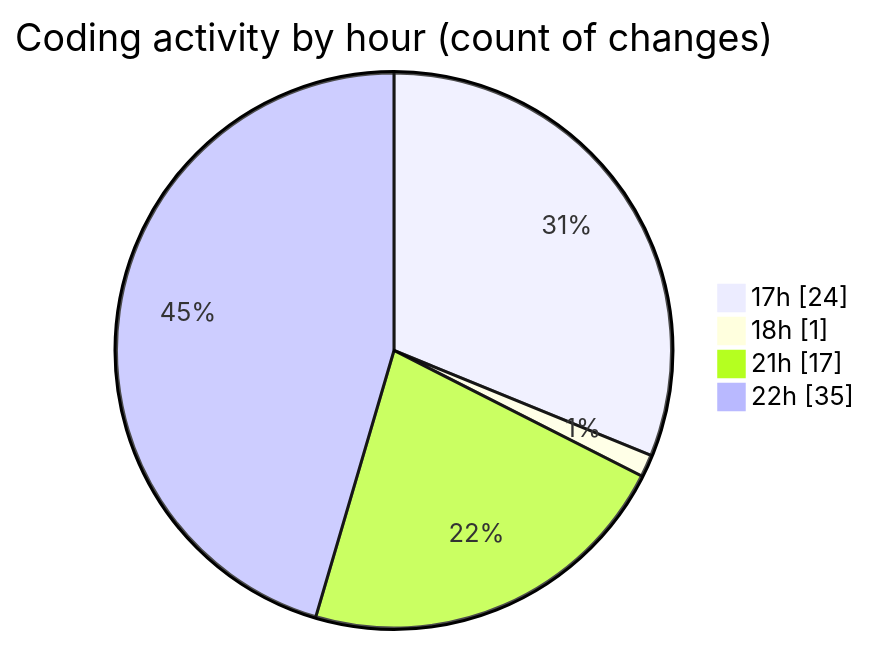
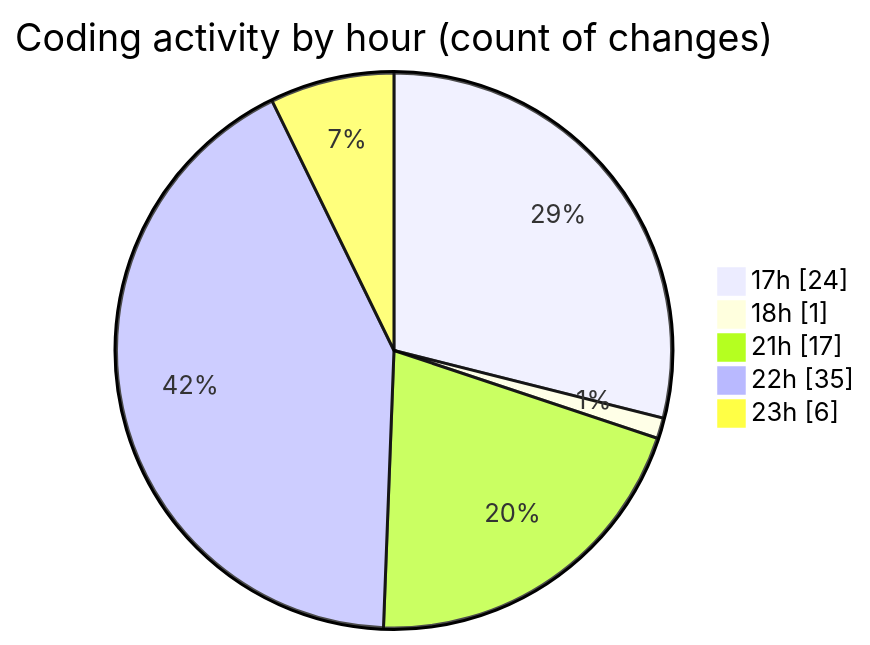
Before and after one commit to EIIisD/code-tracking: the second of 2 diagrams in 2025-07-13/tampermonkey/README.md, drawn with Mermaid. The commit also changed other lines of this file and 1 other file, not shown here.

````diff
--- a/2025-07-13/tampermonkey/README.md
+++ b/2025-07-13/tampermonkey/README.md
@@ -44,8 +44,9 @@
 ```mermaid
 pie showData
 title Coding activity by hour (count of changes)
 "17h" : 24
 "18h" : 1
 "21h" : 17
 "22h" : 35
+"23h" : 6
 ```
````
